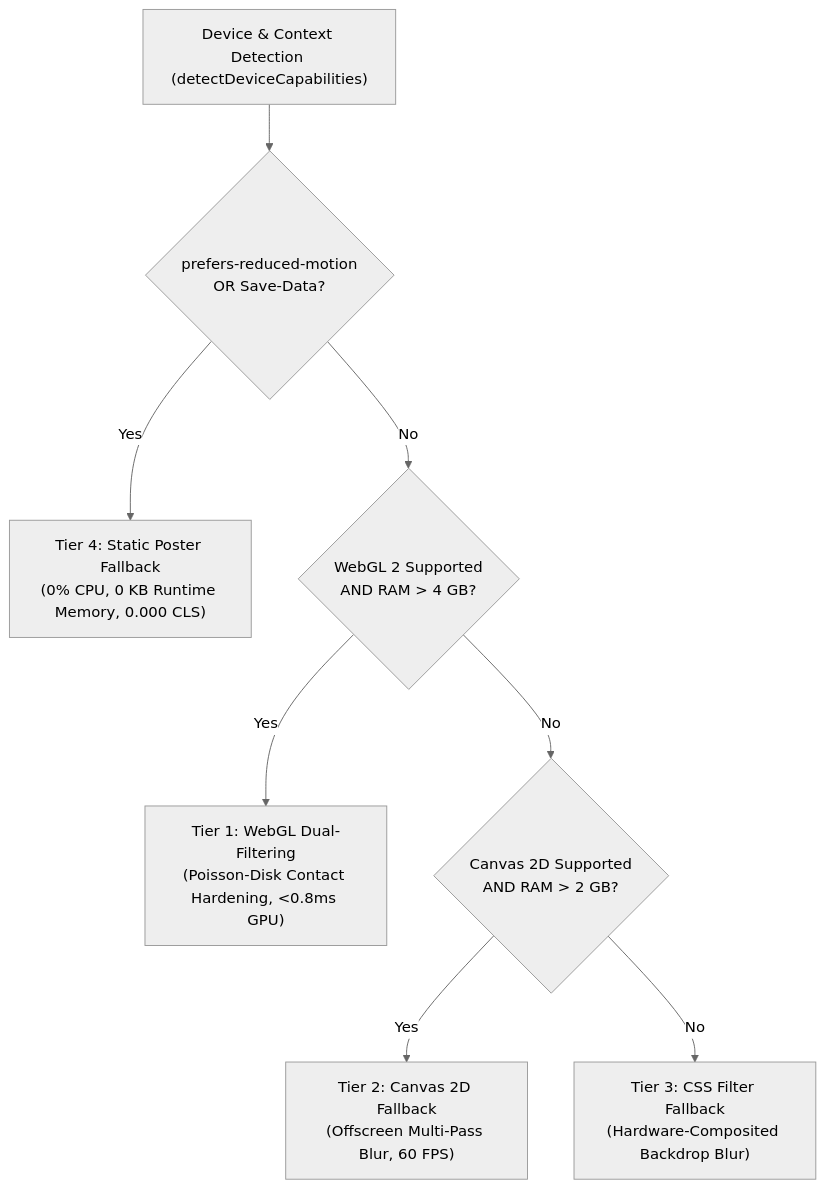
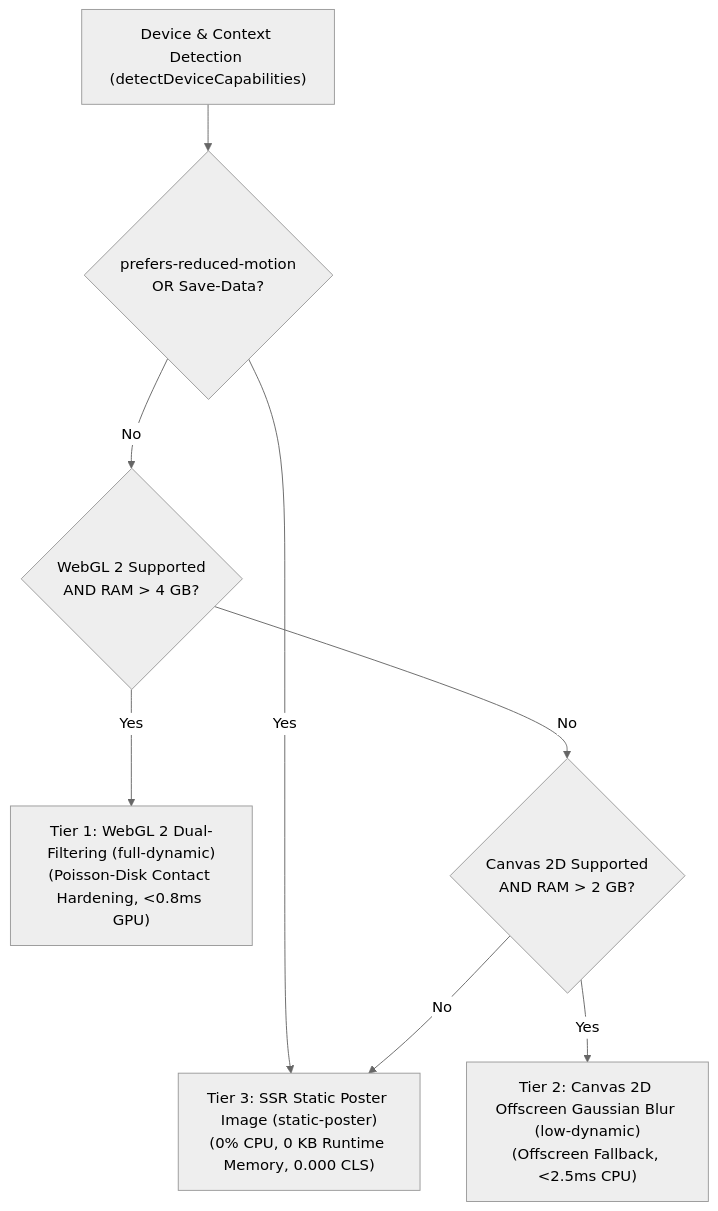
Before and after one commit to manuelhe/shadowcasting-poc: the first of 2 diagrams in docs/guides/04-performance-and-degradation.md, drawn with Mermaid (neutral theme). The commit also changed other lines of this file and 4 other files, not shown here.

````diff
--- a/docs/guides/04-performance-and-degradation.md
+++ b/docs/guides/04-performance-and-degradation.md
@@ -44,14 +44,14 @@
 ```mermaid
 flowchart TD
     Detect["Device & Context Detection (detectDeviceCapabilities)"]
     Detect --> CheckA11y{"prefers-reduced-motion<br/>OR Save-Data?"}
     
-    CheckA11y -- Yes --> Tier4["Tier 4: Static Poster Fallback<br/>(0% CPU, 0 KB Runtime Memory, 0.000 CLS)"]
+    CheckA11y -- Yes --> Tier3["Tier 3: SSR Static Poster Image (static-poster)<br/>(0% CPU, 0 KB Runtime Memory, 0.000 CLS)"]
     CheckA11y -- No --> CheckWebGL{"WebGL 2 Supported<br/>AND RAM > 4 GB?"}
     
-    CheckWebGL -- Yes --> Tier1["Tier 1: WebGL Dual-Filtering<br/>(Poisson-Disk Contact Hardening, <0.8ms GPU)"]
+    CheckWebGL -- Yes --> Tier1["Tier 1: WebGL 2 Dual-Filtering (full-dynamic)<br/>(Poisson-Disk Contact Hardening, <0.8ms GPU)"]
     CheckWebGL -- No --> CheckCanvas{"Canvas 2D Supported<br/>AND RAM > 2 GB?"}
     
-    CheckCanvas -- Yes --> Tier2["Tier 2: Canvas 2D Fallback<br/>(Offscreen Multi-Pass Blur, 60 FPS)"]
-    CheckCanvas -- No --> Tier3["Tier 3: CSS Filter Fallback<br/>(Hardware-Composited Backdrop Blur)"]
+    CheckCanvas -- Yes --> Tier2["Tier 2: Canvas 2D Offscreen Gaussian Blur (low-dynamic)<br/>(Offscreen Fallback, <2.5ms CPU)"]
+    CheckCanvas -- No --> Tier3
 ```
````
